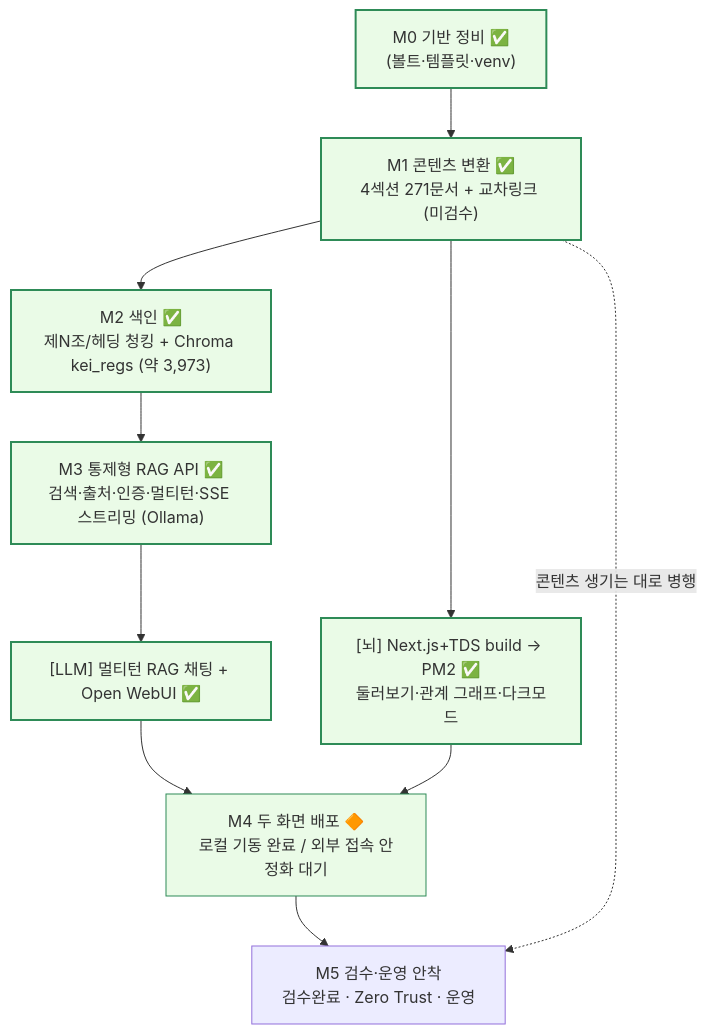
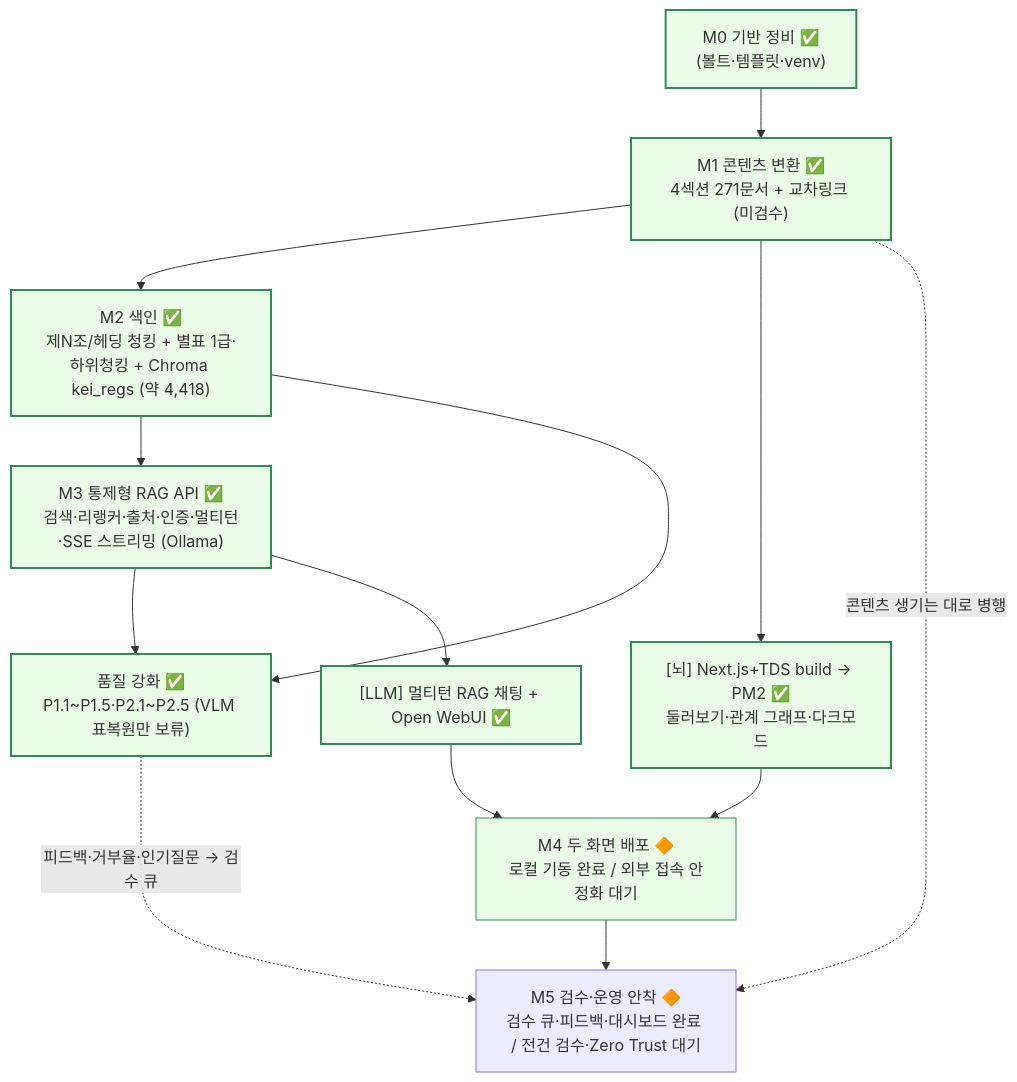
The second of 2 diagrams in docs/08-roadmap.md (mooner92/KEIAdminSuperv), drawn with Mermaid before and after one commit. The commit also changed other lines of this file and 13 other files, not shown here.

````diff
--- a/docs/08-roadmap.md
+++ b/docs/08-roadmap.md
@@ -95,24 +102,28 @@
 ```mermaid
 flowchart TD
     M0["M0 기반 정비 ✅<br/>(볼트·템플릿·venv)"]
 
     M0 --> M1["M1 콘텐츠 변환 ✅<br/>4섹션 271문서 + 교차링크 (미검수)"]
-    M1 --> M2["M2 색인 ✅<br/>제N조/헤딩 청킹 + Chroma kei_regs (약 3,973)"]
-    M2 --> M3["M3 통제형 RAG API ✅<br/>검색·출처·인증·멀티턴·SSE 스트리밍 (Ollama)"]
+    M1 --> M2["M2 색인 ✅<br/>제N조/헤딩 청킹 + 별표 1급·하위청킹 + Chroma kei_regs (약 4,418)"]
+    M2 --> M3["M3 통제형 RAG API ✅<br/>검색·리랭커·출처·인증·멀티턴·SSE 스트리밍 (Ollama)"]
+
+    M2 --> Q["품질 강화 ✅<br/>P1.1~P1.5·P2.1~P2.5 (VLM 표복원만 보류)"]
+    M3 --> Q
 
     M1 --> M4b["[뇌] Next.js+TDS build → PM2 ✅<br/>둘러보기·관계 그래프·다크모드"]
     M3 --> M4a["[LLM] 멀티턴 RAG 채팅 + Open WebUI ✅"]
 
     M4a --> M4["M4 두 화면 배포 🔶<br/>로컬 기동 완료 / 외부 접속 안정화 대기"]
     M4b --> M4
-    M4 --> M5["M5 검수·운영 안착<br/>검수완료 · Zero Trust · 운영"]
+    M4 --> M5["M5 검수·운영 안착 🔶<br/>검수 큐·피드백·대시보드 완료 / 전건 검수·Zero Trust 대기"]
+    Q -. "피드백·거부율·인기질문 → 검수 큐" .-> M5
 
     M1 -. "콘텐츠 생기는 대로 병행" .-> M5
 
     classDef core fill:#e8f0ff,stroke:#3366cc,stroke-width:1px;
     classDef screen fill:#eafbe7,stroke:#2e8b57,stroke-width:1px;
     classDef done fill:#eafbe7,stroke:#2e8b57,stroke-width:2px;
     class M0,M1,M2,M3 core;
     class M4a,M4b,M4 screen;
-    class M0,M1,M2,M3,M4a,M4b done;
+    class M0,M1,M2,M3,M4a,M4b,Q done;
 ```
````
